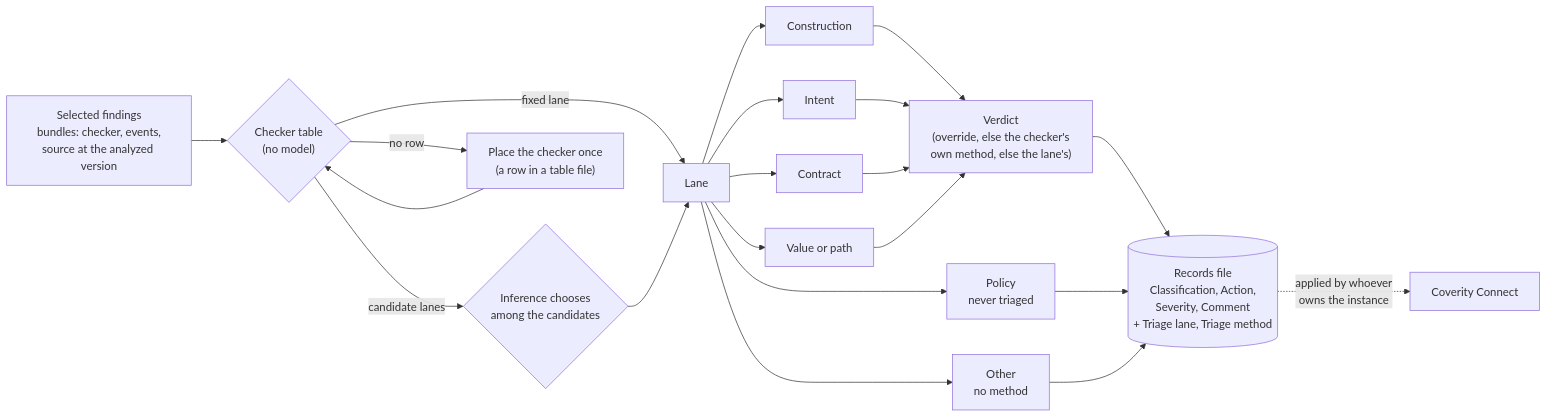
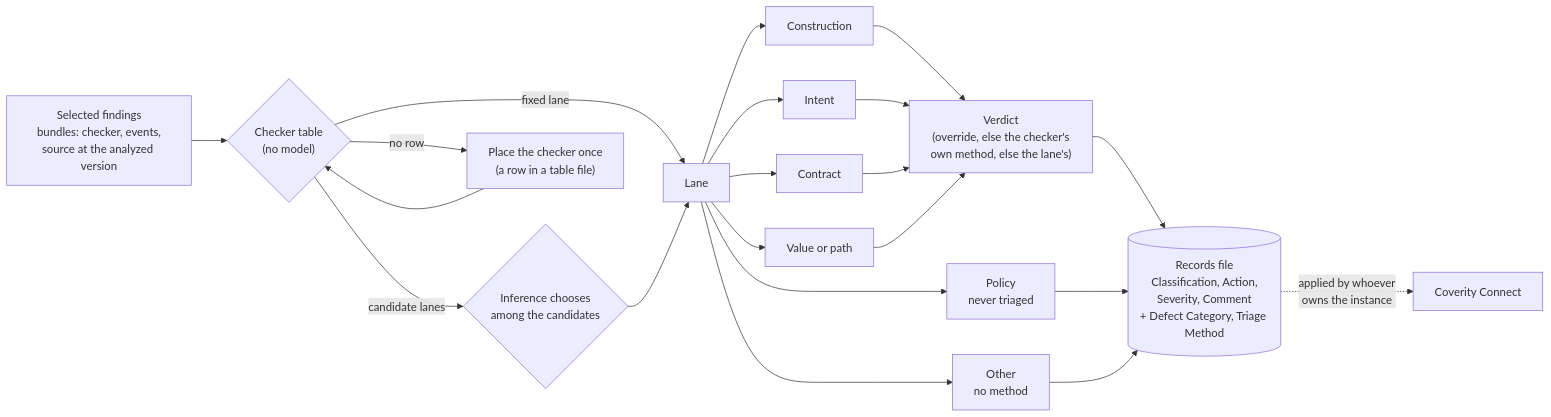
The diagram in coverity-triage/SKILL.md (edtice-goog/CoveritySkills), drawn with Mermaid before and after one commit. The commit also changed other lines of this file and 5 other files, not shown here.

First line of the commit message:
coverity-triage: the custom attributes are Defect Category and Triage Method

````diff
--- a/coverity-triage/SKILL.md
+++ b/coverity-triage/SKILL.md
@@ -70,20 +70,20 @@
 ```mermaid
 flowchart LR
     IN["Selected findings<br/>bundles: checker, events,<br/>source at the analyzed version"] --> T{"Checker table<br/>(no model)"}
     T -->|"fixed lane"| L
     T -->|"candidate lanes"| A{"Inference chooses<br/>among the candidates"}
     T -->|"no row"| P["Place the checker once<br/>(a row in a table file)"]
     P --> T
     A --> L["Lane"]
     L --> M1["Construction"]
     L --> M2["Intent"]
     L --> M3["Contract"]
     L --> M4["Value or path"]
     L --> PO["Policy<br/>never triaged"]
     L --> O["Other<br/>no method"]
     M1 & M2 & M3 & M4 --> V["Verdict<br/>(override, else the checker's<br/>own method, else the lane's)"]
-    V --> R[("Records file<br/>Classification, Action,<br/>Severity, Comment<br/>+ Triage lane, Triage method")]
+    V --> R[("Records file<br/>Classification, Action,<br/>Severity, Comment<br/>+ Defect Category, Triage Method")]
     PO --> R
     O --> R
     R -.->|"applied by whoever<br/>owns the instance"| C["Coverity Connect"]
 ```
````
